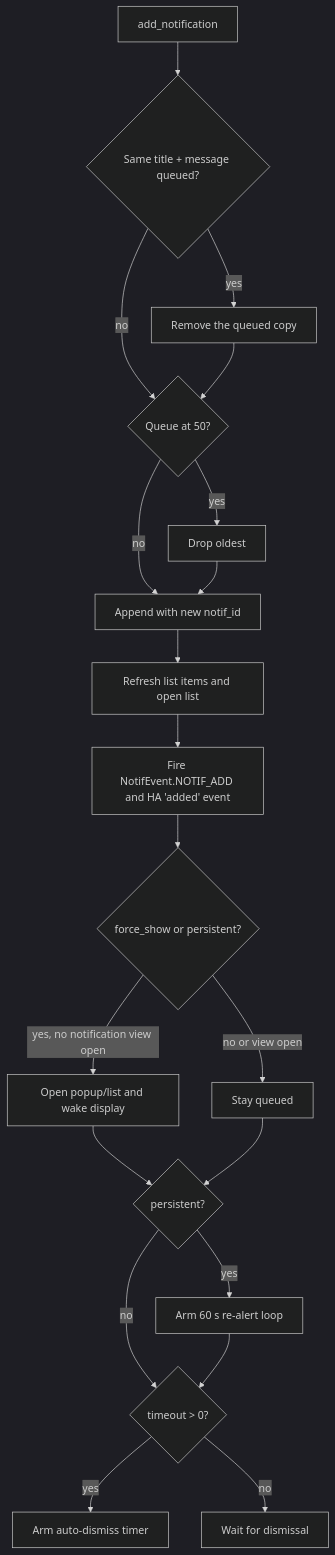
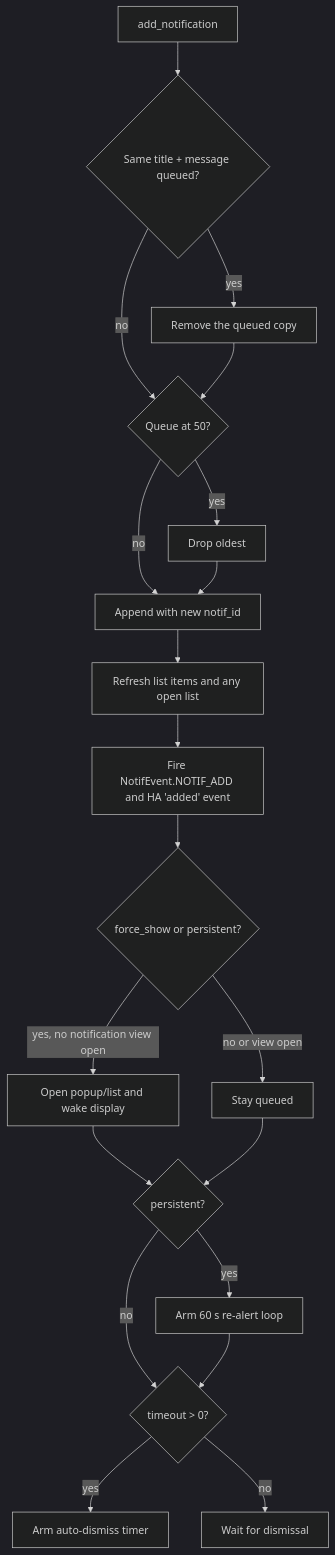
The diagram in docs/develop/notifications.md (happydasch/nspanel_haui), drawn with Mermaid (dark theme) before and after one commit. The commit also changed other lines of this file and 224 other files, not shown here.

````diff
--- a/docs/develop/notifications.md
+++ b/docs/develop/notifications.md
@@ -83,22 +77,22 @@
 ```mermaid
 flowchart TD
     A[add_notification] --> B{Same title + message queued?}
     B -->|yes| C[Remove the queued copy]
     B -->|no| D{Queue at 50?}
     C --> D
     D -->|yes| E[Drop oldest]
     D -->|no| F[Append with new notif_id]
     E --> F
-    F --> G[Refresh list items and open list]
+    F --> G[Refresh list items and any open list]
     G --> H[Fire NotifEvent.NOTIF_ADD and HA 'added' event]
     H --> I{force_show or persistent?}
     I -->|yes, no notification view open| J[Open popup/list and wake display]
     I -->|no or view open| K[Stay queued]
     J --> L{persistent?}
     K --> L
     L -->|yes| M[Arm 60 s re-alert loop]
     L -->|no| N{timeout > 0?}
     M --> N
     N -->|yes| O[Arm auto-dismiss timer]
     N -->|no| P[Wait for dismissal]
 ```
````
